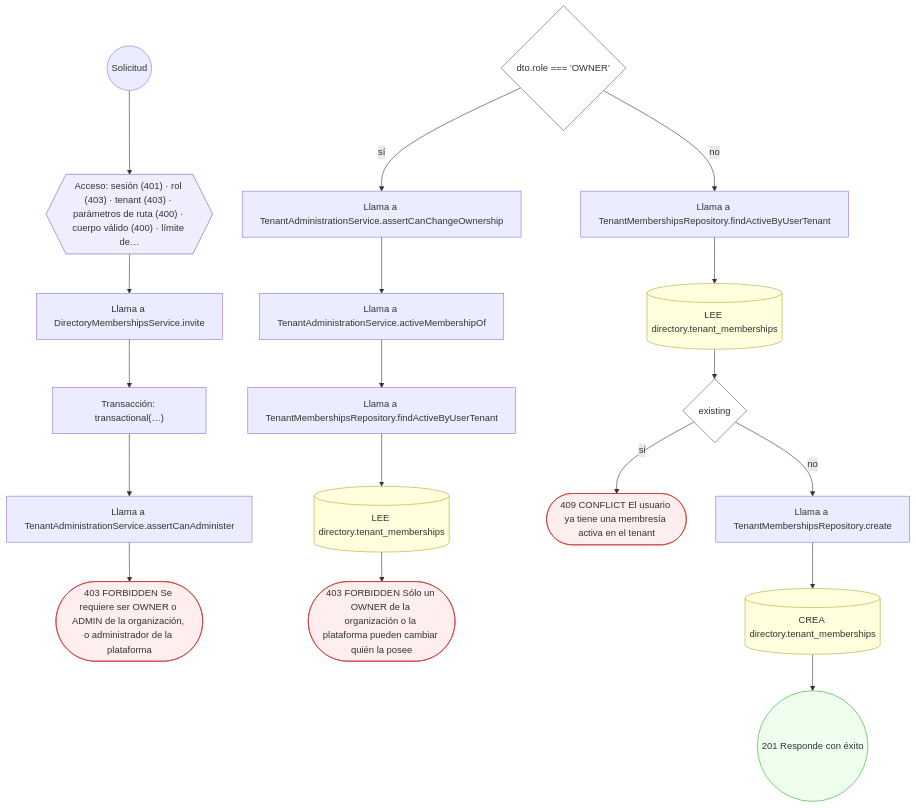
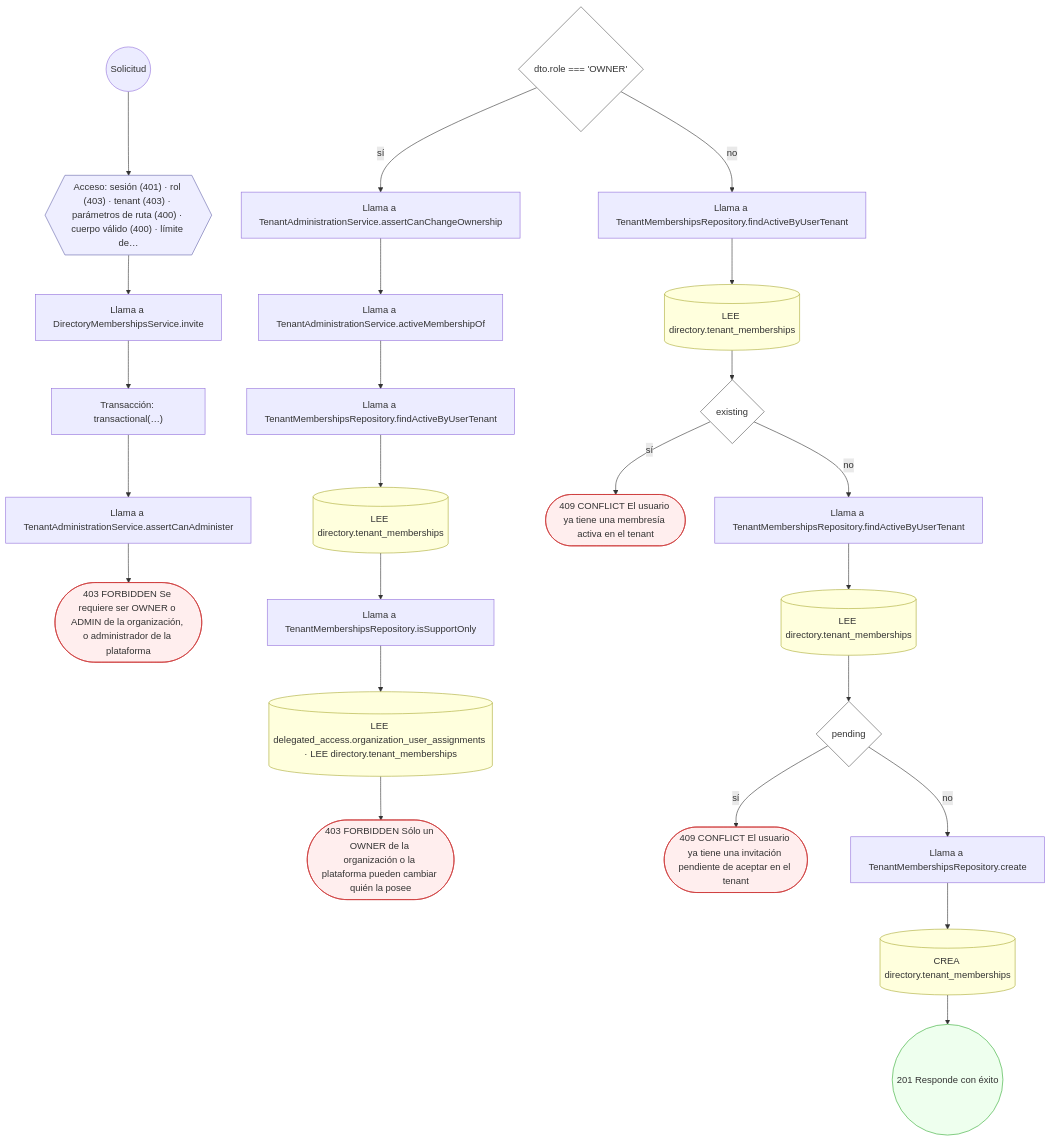
Diagram 20 of 30 in docs/inventario/flujos/directory.md (mdavila-2001/mantra-core-health-api), drawn with Mermaid before and after one commit. The commit also changed other lines of this file and 1040 other files, not shown here.

````diff
--- a/docs/inventario/flujos/directory.md
+++ b/docs/inventario/flujos/directory.md
@@ -1915,45 +1983,57 @@
 ```mermaid
 flowchart TD
   n1(("Solicitud")):::inicio
   n2{{"Acceso: sesión (401) · rol (403) · tenant (403) · parámetros de ruta (400) · cuerpo válido (400) · límite de…"}}:::acceso
   n1 --> n2
   n3["Llama a DirectoryMembershipsService.invite"]:::llamada
   n2 --> n3
   n4["Transacción: transactional(…)"]:::transaccion
   n3 --> n4
   n5["Llama a TenantAdministrationService.assertCanAdminister"]:::llamada
   n4 --> n5
   n6(["403 FORBIDDEN Se requiere ser OWNER o ADMIN de la organización, o administrador de la plataforma"]):::error
   n5 --> n6
   n7{"dto.role === 'OWNER'"}:::decision
   n8["Llama a TenantAdministrationService.assertCanChangeOwnership"]:::llamada
   n7 -->|"sí"| n8
   n9["Llama a TenantAdministrationService.activeMembershipOf"]:::llamada
   n8 --> n9
   n10["Llama a TenantMembershipsRepository.findActiveByUserTenant"]:::llamada
   n9 --> n10
   n11[("LEE directory.tenant_memberships")]:::efecto
   n10 --> n11
-  n12(["403 FORBIDDEN Sólo un OWNER de la organización o la plataforma pueden cambiar quién la posee"]):::error
+  n12["Llama a TenantMembershipsRepository.isSupportOnly"]:::llamada
   n11 --> n12
-  n13["Llama a TenantMembershipsRepository.findActiveByUserTenant"]:::llamada
-  n7 -->|"no"| n13
-  n14[("LEE directory.tenant_memberships")]:::efecto
+  n13[("LEE delegated_access.organization_user_assignments · LEE directory.tenant_memberships")]:::efecto
+  n12 --> n13
+  n14(["403 FORBIDDEN Sólo un OWNER de la organización o la plataforma pueden cambiar quién la posee"]):::error
   n13 --> n14
-  n15{"existing"}:::decision
-  n14 --> n15
-  n16(["409 CONFLICT El usuario ya tiene una membresía activa en el tenant"]):::error
-  n15 -->|"sí"| n16
-  n17["Llama a TenantMembershipsRepository.create"]:::llamada
-  n15 -->|"no"| n17
-  n18[("CREA directory.tenant_memberships")]:::efecto
-  n17 --> n18
-  n19(("201 Responde con éxito")):::ok
-  n18 --> n19
+  n15["Llama a TenantMembershipsRepository.findActiveByUserTenant"]:::llamada
+  n7 -->|"no"| n15
+  n16[("LEE directory.tenant_memberships")]:::efecto
+  n15 --> n16
+  n17{"existing"}:::decision
+  n16 --> n17
+  n18(["409 CONFLICT El usuario ya tiene una membresía activa en el tenant"]):::error
+  n17 -->|"sí"| n18
+  n19["Llama a TenantMembershipsRepository.findActiveByUserTenant"]:::llamada
+  n17 -->|"no"| n19
+  n20[("LEE directory.tenant_memberships")]:::efecto
+  n19 --> n20
+  n21{"pending"}:::decision
+  n20 --> n21
+  n22(["409 CONFLICT El usuario ya tiene una invitación pendiente de aceptar en el tenant"]):::error
+  n21 -->|"sí"| n22
+  n23["Llama a TenantMembershipsRepository.create"]:::llamada
+  n21 -->|"no"| n23
+  n24[("CREA directory.tenant_memberships")]:::efecto
+  n23 --> n24
+  n25(("201 Responde con éxito")):::ok
+  n24 --> n25
   classDef acceso fill:#eef,stroke:#66a
   classDef error fill:#fee,stroke:#c33
   classDef ok fill:#efe,stroke:#3a3
   classDef efecto fill:#ffd,stroke:#aa3
   classDef decision fill:#fff,stroke:#555
   classDef corte fill:#eee,stroke:#999,stroke-dasharray: 4
 ```
````
